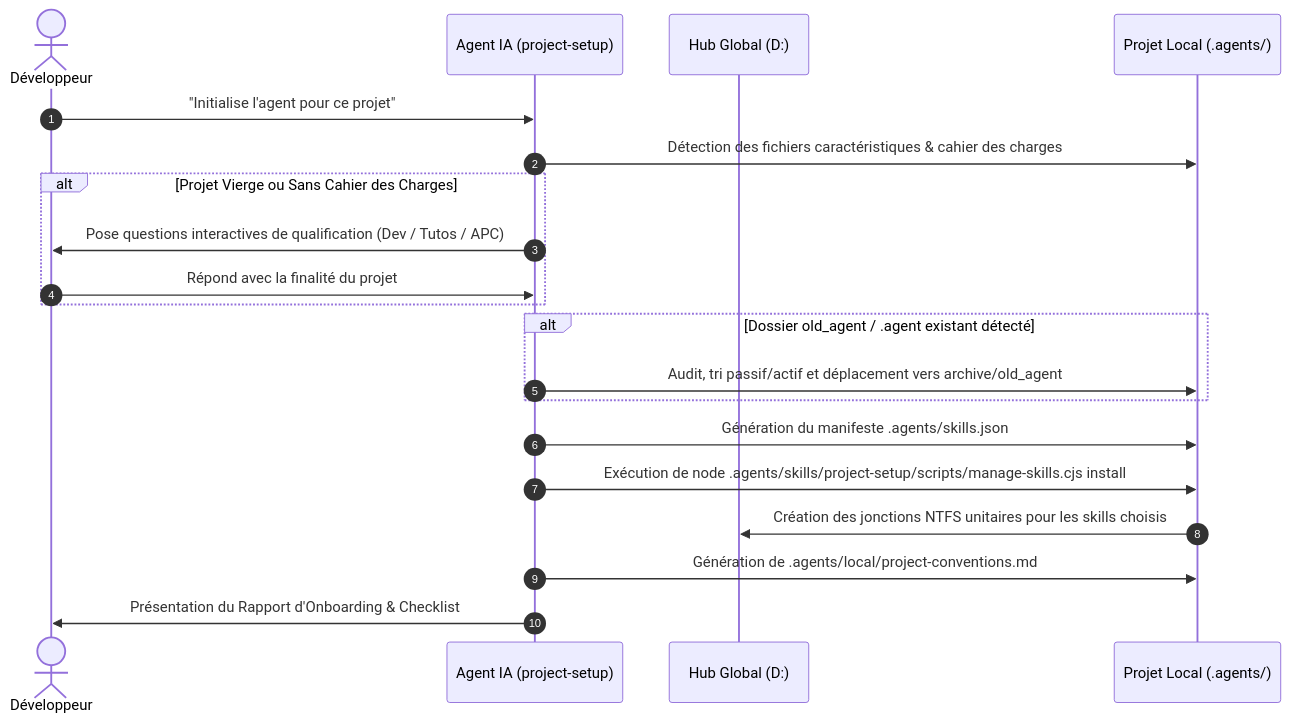
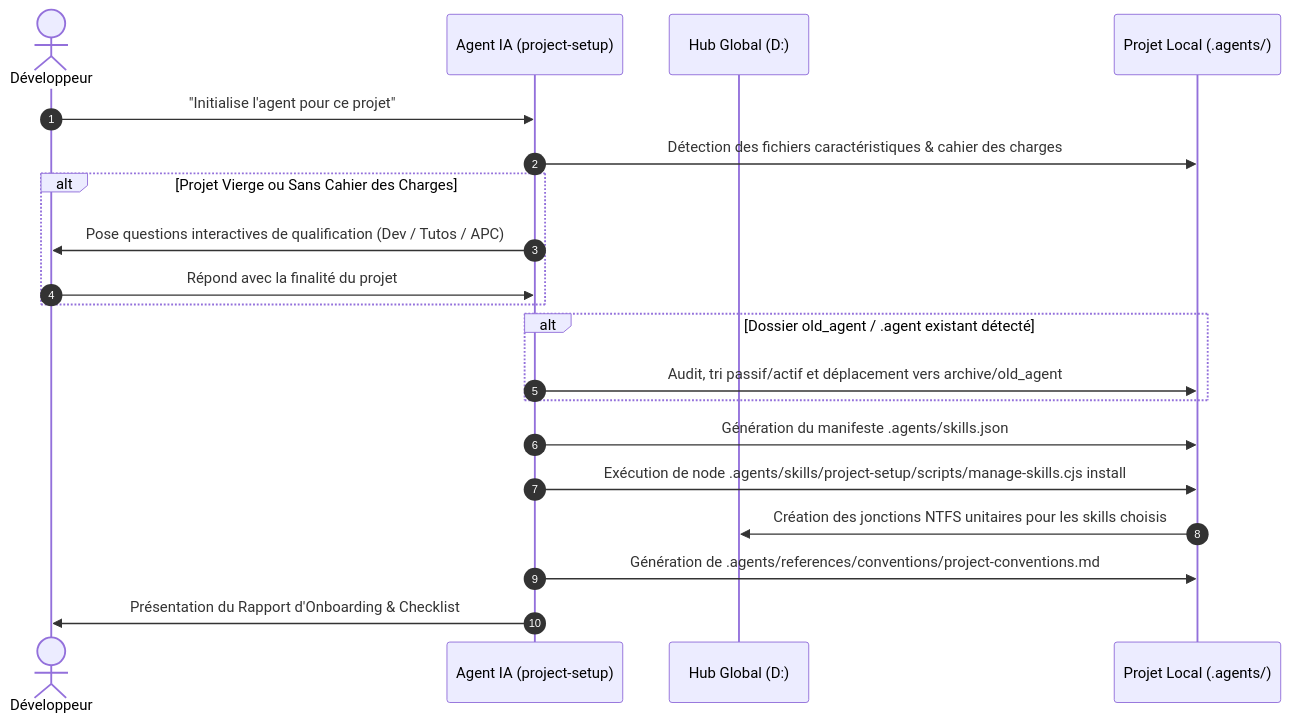
Before and after one commit to solicode-lms/app: the diagram in .agents/skills/project-setup/resources/onboarding-workflow.md, drawn with Mermaid. The commit also changed other lines of this file and 8 other files, not shown here.

````diff
--- a/.agents/skills/project-setup/resources/onboarding-workflow.md
+++ b/.agents/skills/project-setup/resources/onboarding-workflow.md
@@ -54,23 +54,23 @@
 ```mermaid
 sequenceDiagram
     autonumber
     actor Dev as Développeur
     participant Agent as Agent IA (project-setup)
     participant Hub as Hub Global (D:)
     participant Local as Projet Local (.agents/)
 
     Dev->>Agent: "Initialise l'agent pour ce projet"
     Agent->>Local: Détection des fichiers caractéristiques & cahier des charges
     alt Projet Vierge ou Sans Cahier des Charges
         Agent->>Dev: Pose questions interactives de qualification (Dev / Tutos / APC)
         Dev->>Agent: Répond avec la finalité du projet
     end
     alt Dossier old_agent / .agent existant détecté
         Agent->>Local: Audit, tri passif/actif et déplacement vers archive/old_agent
     end
     Agent->>Local: Génération du manifeste .agents/skills.json
     Agent->>Local: Exécution de node .agents/skills/project-setup/scripts/manage-skills.cjs install
     Local->>Hub: Création des jonctions NTFS unitaires pour les skills choisis
-    Agent->>Local: Génération de .agents/local/project-conventions.md
+    Agent->>Local: Génération de .agents/references/conventions/project-conventions.md
     Agent->>Dev: Présentation du Rapport d'Onboarding & Checklist
 ```
````
